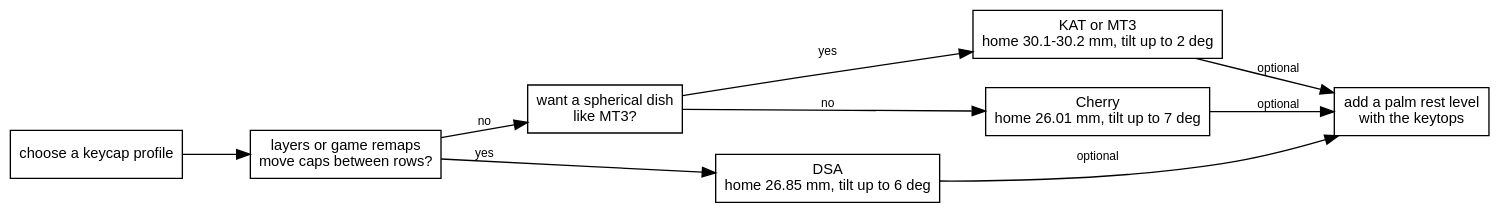
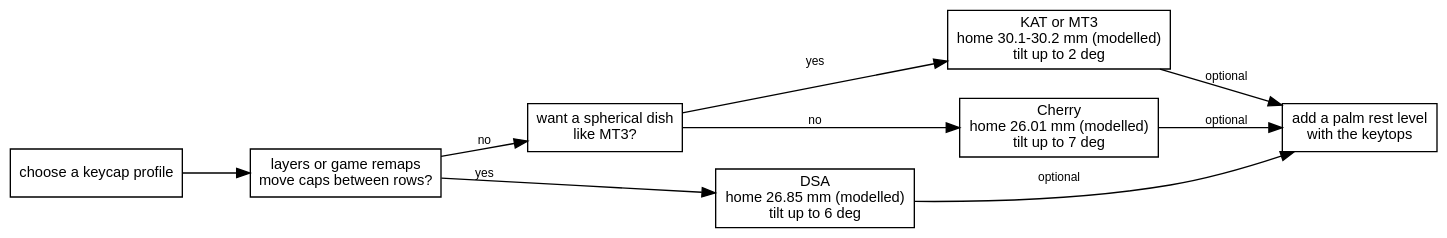
One commit to erfianugrah/lexicanum changed the second of 2 diagrams in src/content/docs/reference/keyboard-typing-height.mdx. Above: the diagram before and after it, drawn with Graphviz. The commit also changed other lines of this file and 4 other files, not shown here.

````diff
--- a/src/content/docs/reference/keyboard-typing-height.mdx
+++ b/src/content/docs/reference/keyboard-typing-height.mdx
@@ -271,25 +272,25 @@
 ```dot
 digraph {
   rankdir=LR; bgcolor="transparent"; nodesep=0.3; ranksep=0.7;
   fontname="Helvetica,Arial,sans-serif";
   node [fontname="Helvetica,Arial,sans-serif", fontsize=11, shape=box];
   edge [fontname="Helvetica,Arial,sans-serif", fontsize=9];
 
   start   [label="choose a keycap profile"];
   remap   [label="layers or game remaps\nmove caps between rows?"];
   dish    [label="want a spherical dish\nlike MT3?"];
-  dsa     [label="DSA\nhome 26.85 mm, tilt up to 6 deg"];
-  sph     [label="KAT or MT3\nhome 30.1-30.2 mm, tilt up to 2 deg"];
-  cherry  [label="Cherry\nhome 26.01 mm, tilt up to 7 deg"];
+  dsa     [label="DSA\nhome 26.85 mm (modelled)\ntilt up to 6 deg"];
+  sph     [label="KAT or MT3\nhome 30.1-30.2 mm (modelled)\ntilt up to 2 deg"];
+  cherry  [label="Cherry\nhome 26.01 mm (modelled)\ntilt up to 7 deg"];
   rest    [label="add a palm rest level\nwith the keytops"];
 
   start -> remap;
   remap -> dsa    [label="yes"];
   remap -> dish   [label="no"];
   dish  -> sph    [label="yes"];
   dish  -> cherry [label="no"];
   dsa    -> rest  [label="optional"];
   sph    -> rest  [label="optional"];
   cherry -> rest  [label="optional"];
 }
 ```
````
